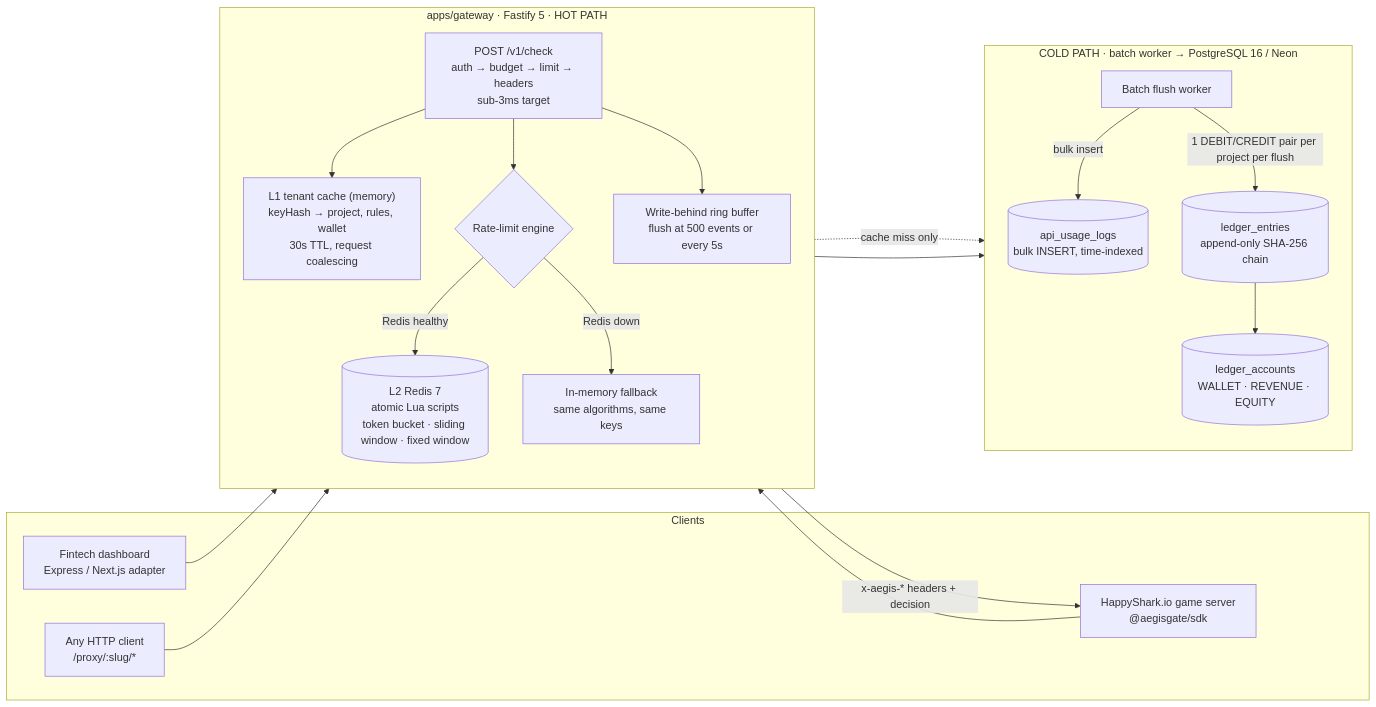
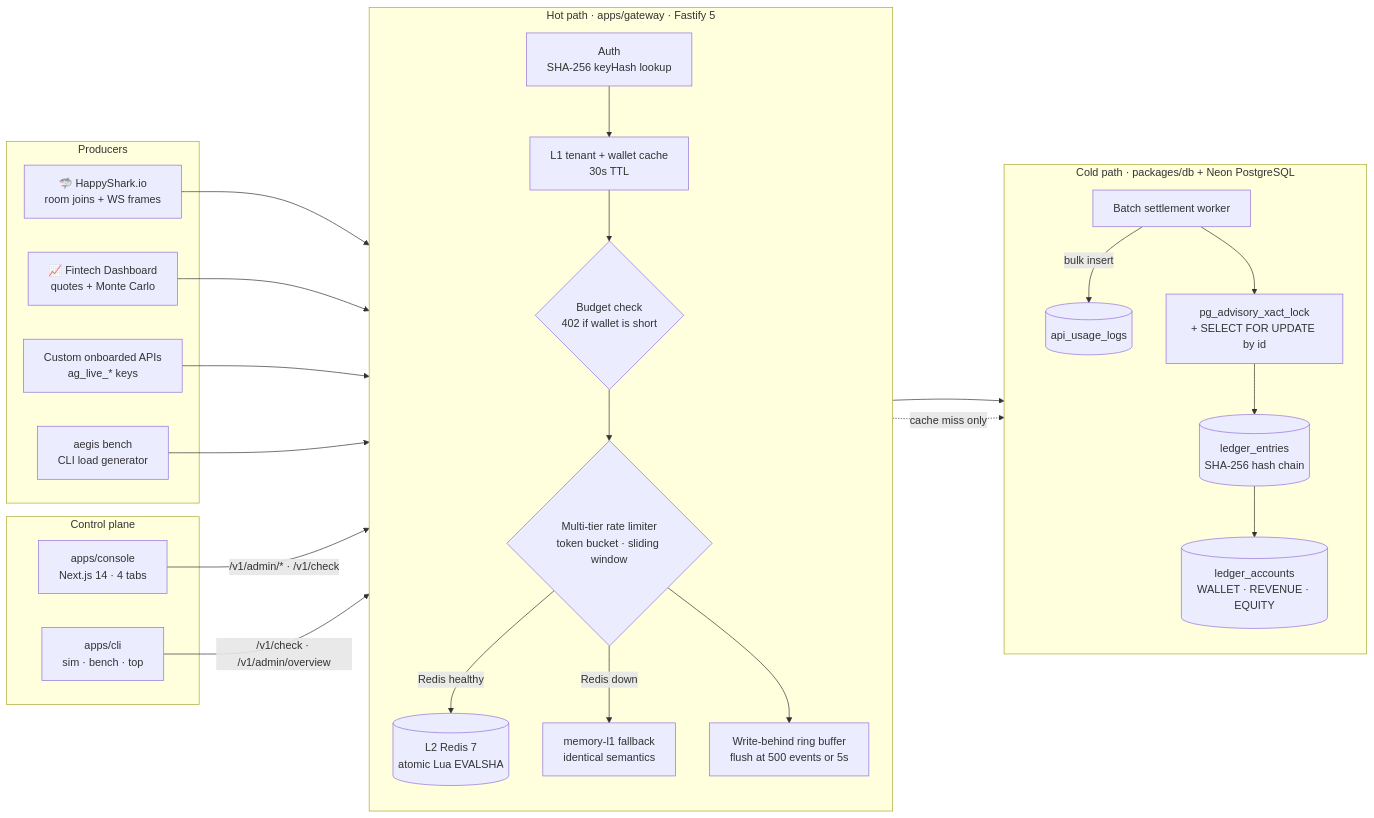
One commit to vastotu/aegisgate changed the first of 2 diagrams in README.md. Above: the diagram before and after it, drawn with Mermaid. The commit also changed other lines of this file, not shown here.

Commit message:
docs: update flagship README with latest architecture and live ecosystem integration

````diff
--- a/README.md
+++ b/README.md
@@ -39,41 +72,48 @@
 ```mermaid
 flowchart LR
-  subgraph Clients
-    A["HappyShark.io game server<br/>@aegisgate/sdk"]
-    B["Fintech dashboard<br/>Express / Next.js adapter"]
-    C["Any HTTP client<br/>/proxy/:slug/*"]
+  subgraph Producers
+    HS["🦈 HappyShark.io<br/>room joins + WS frames"]
+    FD["📈 Fintech Dashboard<br/>quotes + Monte Carlo"]
+    CU["Custom onboarded APIs<br/>ag_live_* keys"]
+    LG["aegis bench<br/>CLI load generator"]
   end
 
-  subgraph Gateway["apps/gateway · Fastify 5 · HOT PATH"]
+  subgraph Hot["Hot path · apps/gateway · Fastify 5"]
     direction TB
-    H["POST /v1/check<br/>auth → budget → limit → headers<br/>sub-3ms target"]
-    L1["L1 tenant cache (memory)<br/>keyHash → project, rules, wallet<br/>30s TTL, request coalescing"]
-    RL{"Rate-limit engine"}
-    R[("L2 Redis 7<br/>atomic Lua scripts<br/>token bucket · sliding window · fixed window")]
-    M["In-memory fallback<br/>same algorithms, same keys"]
-    RB["Write-behind ring buffer<br/>flush at 500 events or every 5s"]
+    AUTH["Auth<br/>SHA-256 keyHash lookup"]
+    L1["L1 tenant + wallet cache<br/>30s TTL"]
+    BUD{"Budget check<br/>402 if wallet is short"}
+    RL{"Multi-tier rate limiter<br/>token bucket · sliding window"}
+    RD[("L2 Redis 7<br/>atomic Lua EVALSHA")]
+    MEM["memory-l1 fallback<br/>identical semantics"]
+    RB["Write-behind ring buffer<br/>flush at 500 events or 5s"]
   end
 
-  subgraph Cold["COLD PATH · batch worker → PostgreSQL 16 / Neon"]
+  subgraph Cold["Cold path · packages/db + Neon PostgreSQL"]
     direction TB
-    W["Batch flush worker"]
-    U[("api_usage_logs<br/>bulk INSERT, time-indexed")]
-    LG[("ledger_entries<br/>append-only SHA-256 chain")]
+    W["Batch settlement worker"]
+    LOCK["pg_advisory_xact_lock<br/>+ SELECT FOR UPDATE by id"]
+    LE[("ledger_entries<br/>SHA-256 hash chain")]
     LA[("ledger_accounts<br/>WALLET · REVENUE · EQUITY")]
+    UL[("api_usage_logs")]
   end
 
-  A --> H
-  B --> H
-  C --> H
-  H --> L1
+  subgraph Control["Control plane"]
+    CON["apps/console<br/>Next.js 14 · 4 tabs"]
+    CLI["apps/cli<br/>sim · bench · top"]
+  end
+
+  HS --> AUTH
+  FD --> AUTH
+  CU --> AUTH
+  LG --> AUTH
+  AUTH --> L1 --> BUD --> RL
+  RL -->|"Redis healthy"| RD
+  RL -->|"Redis down"| MEM
+  RL --> RB --> W
+  W -->|"bulk insert"| UL
+  W --> LOCK --> LE --> LA
   L1 -. "cache miss only" .-> LA
-  H --> RL
-  RL -->|"Redis healthy"| R
-  RL -->|"Redis down"| M
-  H -->|"x-aegis-* headers + decision"| A
-  H --> RB
-  RB --> W
-  W -->|"bulk insert"| U
-  W -->|"1 DEBIT/CREDIT pair per project per flush"| LG
-  LG --> LA
+  CON -->|"/v1/admin/* · /v1/check"| AUTH
+  CLI -->|"/v1/check · /v1/admin/overview"| AUTH
 ```
````
